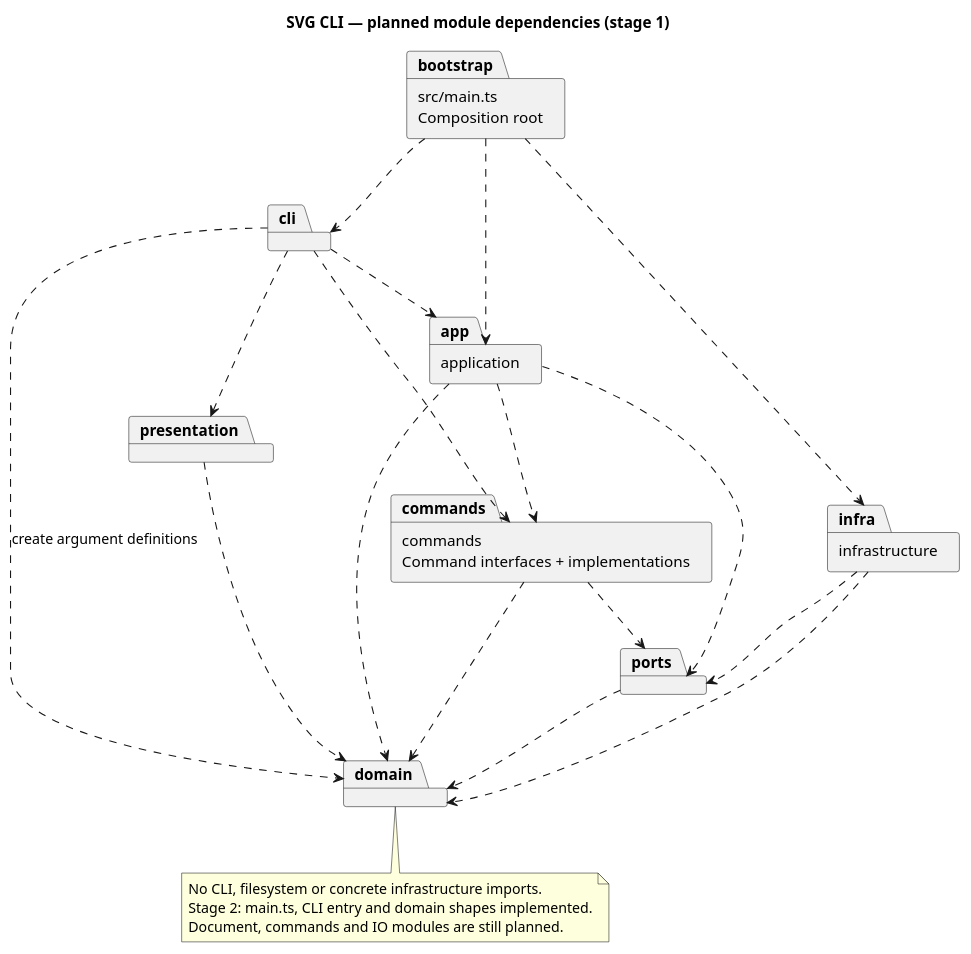
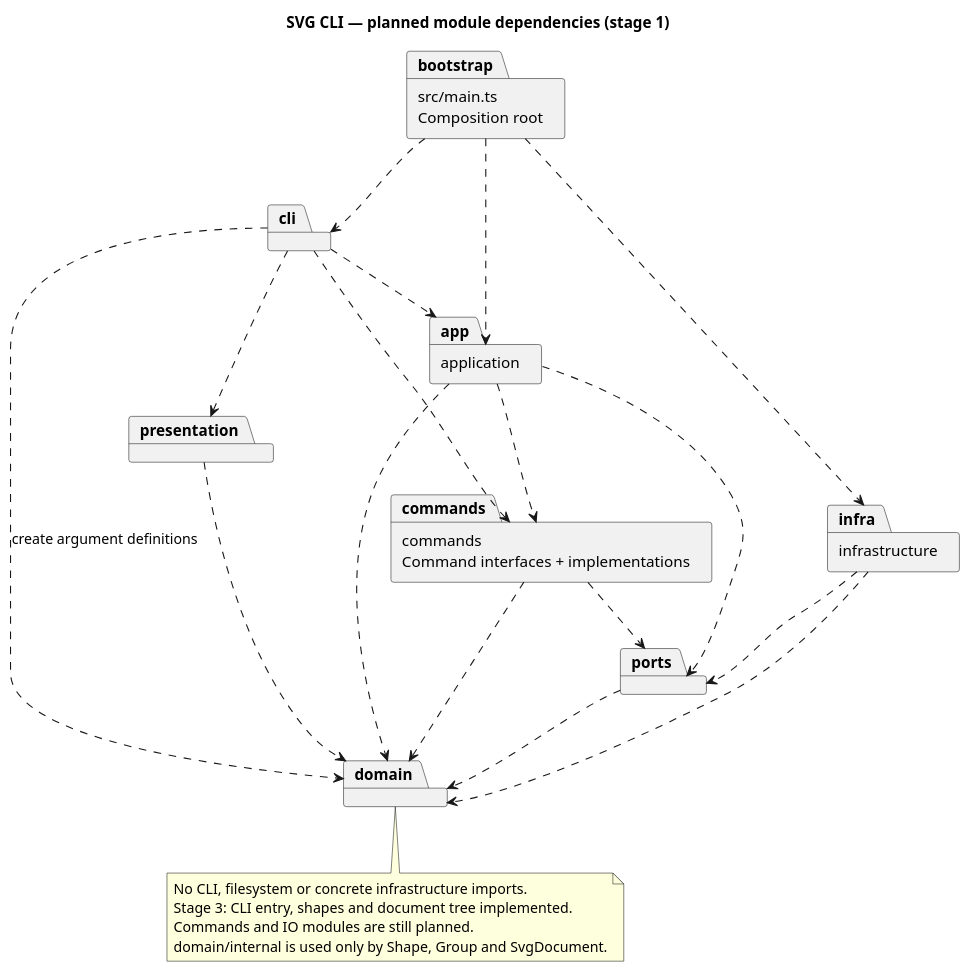
One commit to Liusizhuozhuo/svg-editor-lab1 changed the diagram in doc/architecture.puml. Above: the diagram before and after it, drawn with PlantUML. The commit also changed 9 other files, not shown here.

Commit message:
feat: implement document tree and identity management

```diff
--- a/doc/architecture.puml
+++ b/doc/architecture.puml
@@ -1,34 +1,35 @@
 @startuml
 title SVG CLI — planned module dependencies (stage 1)
 skinparam componentStyle rectangle
 package "src/main.ts\nComposition root" as bootstrap
 package "cli" as cli
 package "application" as app
 package "commands\nCommand interfaces + implementations" as commands
 package "domain" as domain
 package "ports" as ports
 package "infrastructure" as infra
 package "presentation" as presentation
 
 bootstrap ..> cli
 bootstrap ..> app
 bootstrap ..> infra
 cli ..> app
 cli ..> commands
 cli ..> presentation
 cli ..> domain : create argument definitions
 app ..> commands
 app ..> domain
 app ..> ports
 commands ..> domain
 commands ..> ports
 presentation ..> domain
 infra ..> ports
 infra ..> domain
 ports ..> domain
 note bottom of domain
 No CLI, filesystem or concrete infrastructure imports.
-Stage 2: main.ts, CLI entry and domain shapes implemented.
-Document, commands and IO modules are still planned.
+Stage 3: CLI entry, shapes and document tree implemented.
+Commands and IO modules are still planned.
+domain/internal is used only by Shape, Group and SvgDocument.
 end note
 @enduml
```
